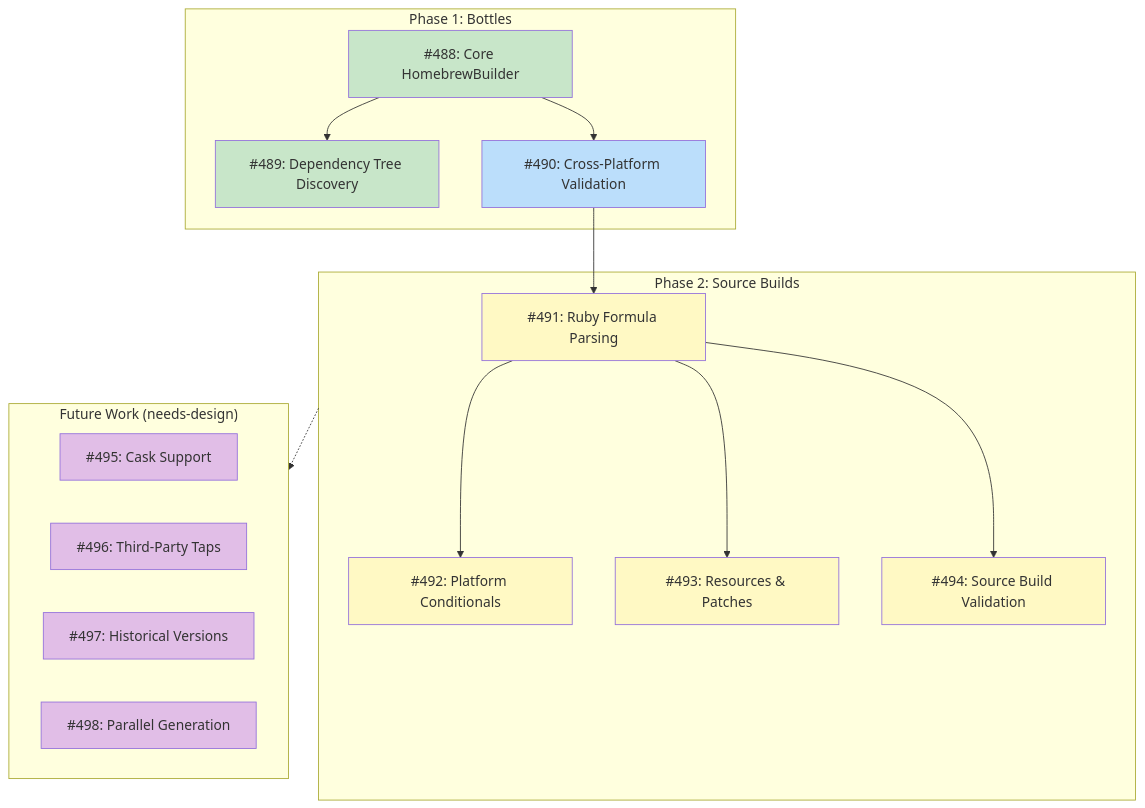
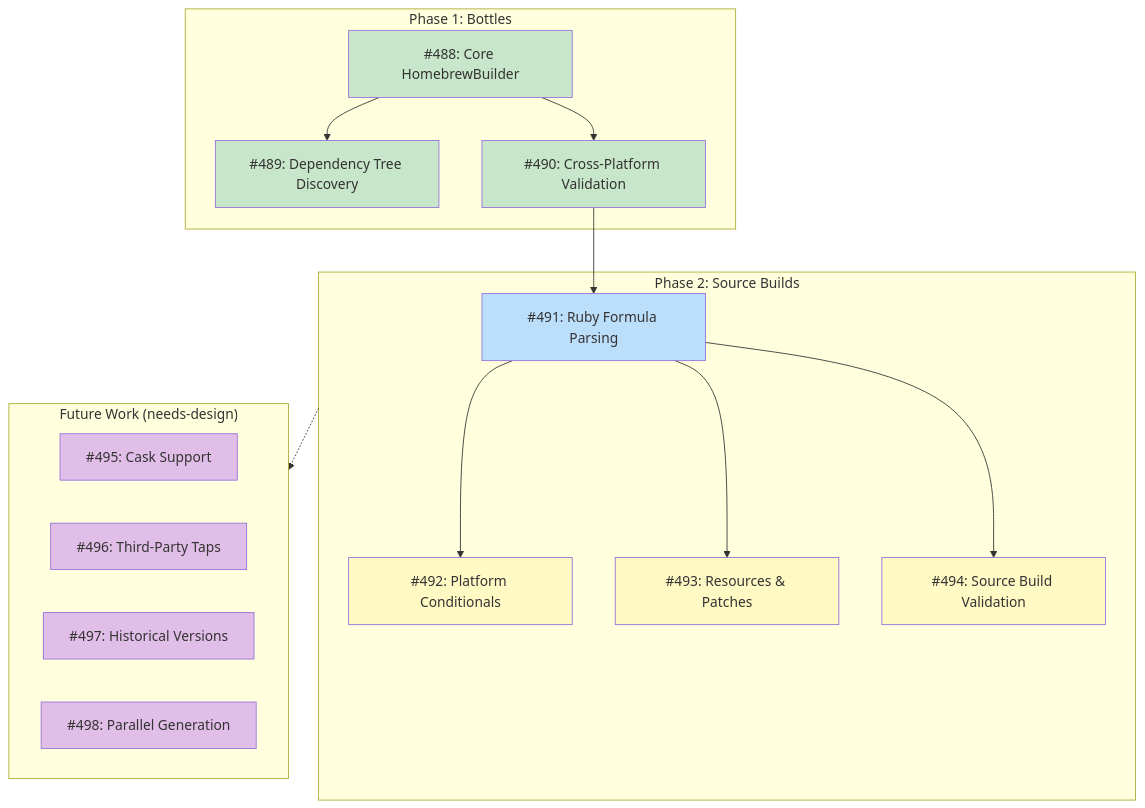
The diagram in docs/DESIGN-homebrew-builder.md (tsukumogami/tsuku), drawn with Mermaid before and after one commit. The commit also changed 3 other files, not shown here.

````diff
--- a/docs/DESIGN-homebrew-builder.md
+++ b/docs/DESIGN-homebrew-builder.md
@@ -11,40 +11,40 @@
 ```mermaid
 graph TD
     subgraph Phase1["Phase 1: Bottles"]
         A488["#488: Core HomebrewBuilder"]
         A489["#489: Dependency Tree Discovery"]
         A490["#490: Cross-Platform Validation"]
     end
 
     subgraph Phase2["Phase 2: Source Builds"]
         A491["#491: Ruby Formula Parsing"]
         A492["#492: Platform Conditionals"]
         A493["#493: Resources & Patches"]
         A494["#494: Source Build Validation"]
     end
 
     subgraph Future["Future Work (needs-design)"]
         A495["#495: Cask Support"]
         A496["#496: Third-Party Taps"]
         A497["#497: Historical Versions"]
         A498["#498: Parallel Generation"]
     end
 
     A488 --> A489
     A488 --> A490
     A490 --> A491
     A491 --> A492
     A491 --> A493
     A491 --> A494
     Phase2 -.-> Future
 
     classDef done fill:#c8e6c9
     classDef ready fill:#bbdefb
     classDef blocked fill:#fff9c4
     classDef needsDesign fill:#e1bee7
 
-    class A488,A489 done
-    class A490 ready
-    class A491,A492,A493,A494 blocked
+    class A488,A489,A490 done
+    class A491 ready
+    class A492,A493,A494 blocked
     class A495,A496,A497,A498 needsDesign
 ```
````
